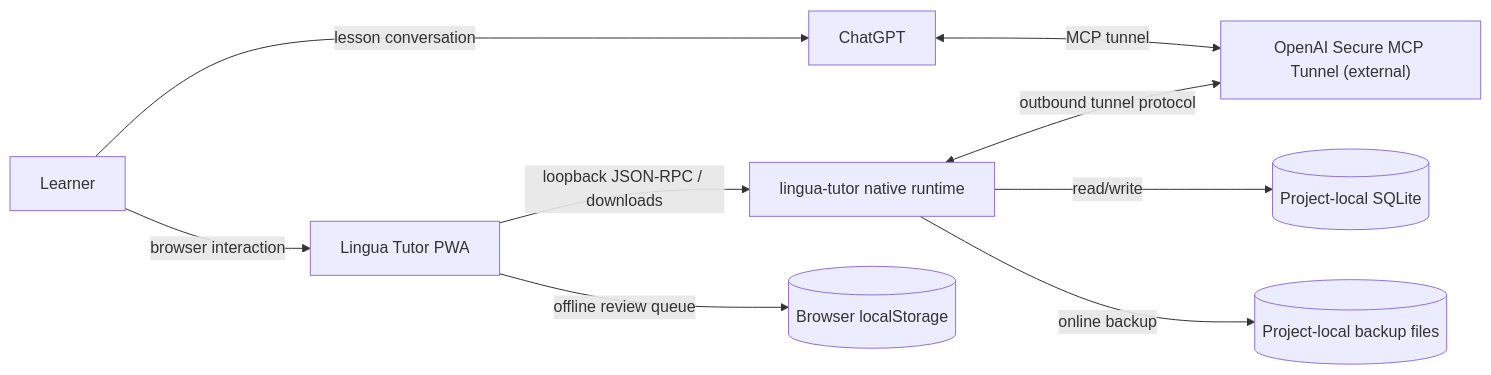
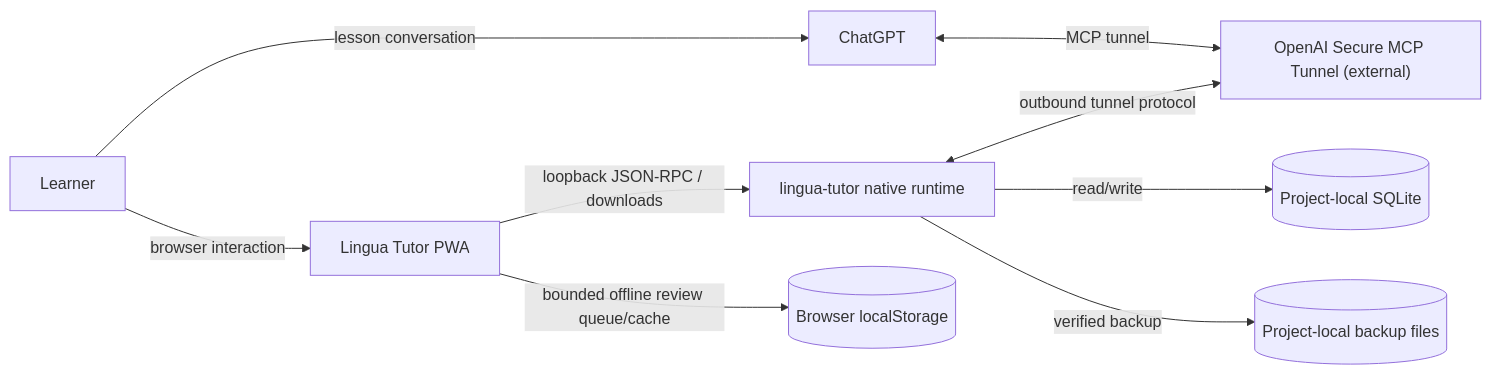
One commit to agredyaev/lingua-tutor changed the first of 4 diagrams in docs/dod-preflight.md. Above: the diagram before and after it, drawn with Mermaid. The commit also changed other lines of this file and 24 other files, not shown here.

````diff
--- a/docs/dod-preflight.md
+++ b/docs/dod-preflight.md
@@ -9,11 +9,11 @@
 ```mermaid
 flowchart LR
   Learner["Learner"] -->|browser interaction| Browser["Lingua Tutor PWA"]
   Learner -->|lesson conversation| ChatGPT["ChatGPT"]
   ChatGPT <-->|MCP tunnel| OpenAI["OpenAI Secure MCP Tunnel (external)"]
   Browser -->|loopback JSON-RPC / downloads| Runtime["lingua-tutor native runtime"]
   Runtime <-->|outbound tunnel protocol| OpenAI
   Runtime -->|read/write| SQLite[("Project-local SQLite")]
-  Browser -->|offline review queue| LocalStorage[("Browser localStorage")]
-  Runtime -->|online backup| Backup[("Project-local backup files")]
+  Browser -->|bounded offline review queue/cache| LocalStorage[("Browser localStorage")]
+  Runtime -->|verified backup| Backup[("Project-local backup files")]
 ```
````
